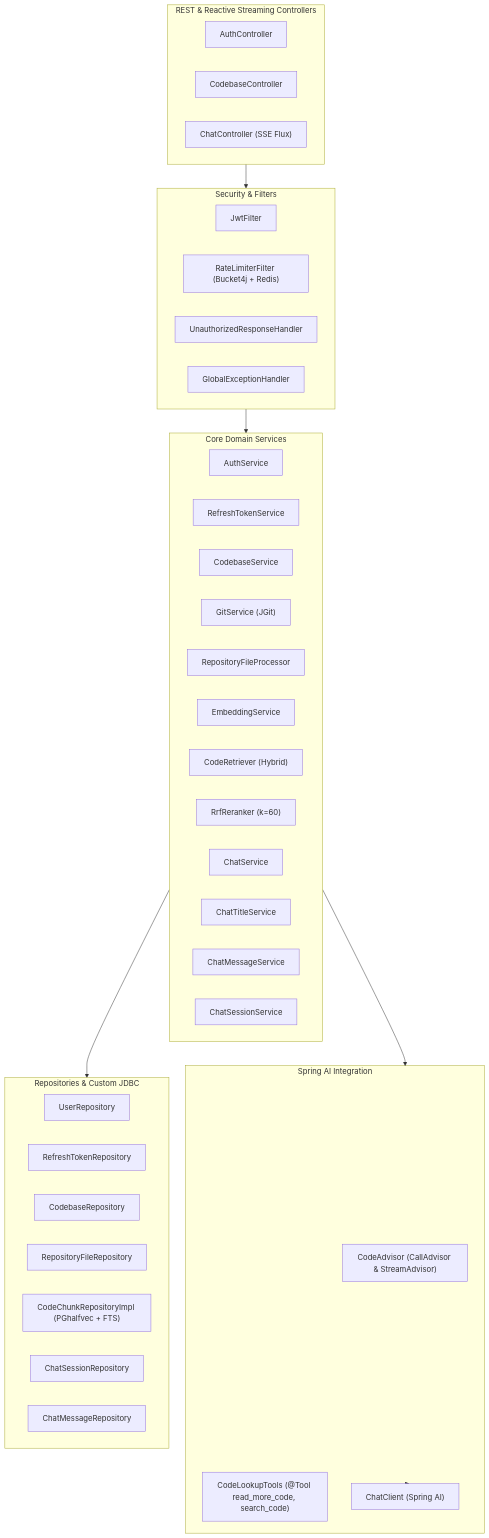
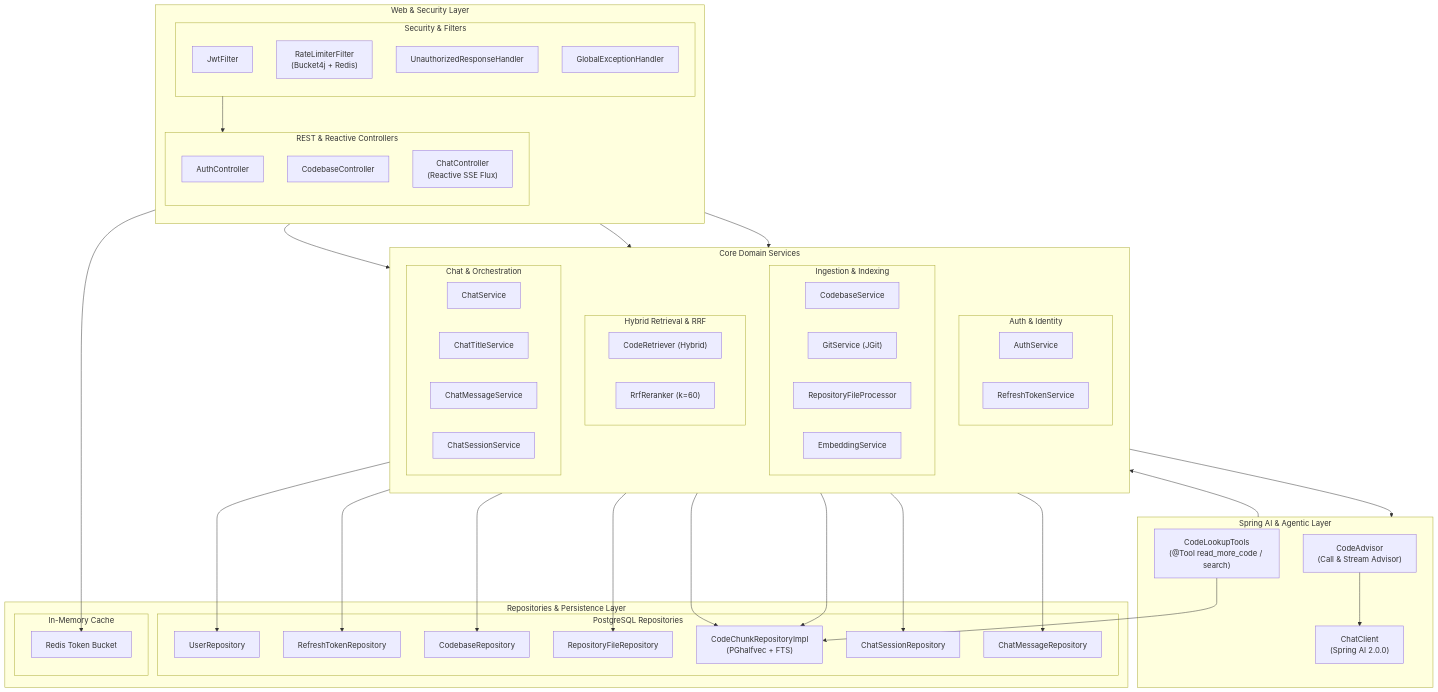
The first of 2 diagrams in server/README.md (Meet-08/CodeCompass), drawn with Mermaid before and after one commit. The commit also changed 2 other files, not shown here.

Commit message:
docs: add project and module documentation and refine Mermaid diagrams in README files

````diff
--- a/server/README.md
+++ b/server/README.md
@@ -57,52 +57,84 @@
 ```mermaid
-graph TD
-    subgraph WebLayer["REST & Reactive Streaming Controllers"]
-        AC["AuthController"]
-        CC["CodebaseController"]
-        ChatC["ChatController (SSE Flux)"]
-    end
-
-    subgraph SecurityLayer["Security & Filters"]
-        JF["JwtFilter"]
-        RF["RateLimiterFilter (Bucket4j + Redis)"]
-        UH["UnauthorizedResponseHandler"]
-        GEH["GlobalExceptionHandler"]
+flowchart TB
+    subgraph WebSecurityLayer["Web & Security Layer"]
+        direction TB
+        subgraph Security["Security & Filters"]
+            JF["JwtFilter"]
+            RF["RateLimiterFilter<br/>(Bucket4j + Redis)"]
+            UH["UnauthorizedResponseHandler"]
+            GEH["GlobalExceptionHandler"]
+        end
+        subgraph Controllers["REST & Reactive Controllers"]
+            AC["AuthController"]
+            CC["CodebaseController"]
+            ChatC["ChatController<br/>(Reactive SSE Flux)"]
+        end
     end
 
     subgraph BusinessLayer["Core Domain Services"]
-        AS["AuthService"]
-        RTS["RefreshTokenService"]
-        CBS["CodebaseService"]
-        GS["GitService (JGit)"]
-        RFP["RepositoryFileProcessor"]
-        ES["EmbeddingService"]
-        CR["CodeRetriever (Hybrid)"]
-        RRF["RrfReranker (k=60)"]
-        CS["ChatService"]
-        CTS["ChatTitleService"]
-        CMS["ChatMessageService"]
-        CSS["ChatSessionService"]
+        direction TB
+        subgraph AuthDomain["Auth & Identity"]
+            AS["AuthService"]
+            RTS["RefreshTokenService"]
+        end
+        subgraph CodebaseDomain["Ingestion & Indexing"]
+            CBS["CodebaseService"]
+            GS["GitService (JGit)"]
+            RFP["RepositoryFileProcessor"]
+            ES["EmbeddingService"]
+        end
+        subgraph RetrievalDomain["Hybrid Retrieval & RRF"]
+            CR["CodeRetriever (Hybrid)"]
+            RRF["RrfReranker (k=60)"]
+        end
+        subgraph ChatDomain["Chat & Orchestration"]
+            CS["ChatService"]
+            CTS["ChatTitleService"]
+            CMS["ChatMessageService"]
+            CSS["ChatSessionService"]
+        end
     end
 
-    subgraph AdvisorAndTools["Spring AI Integration"]
-        CA["CodeAdvisor (CallAdvisor & StreamAdvisor)"]
-        CLT["CodeLookupTools (@Tool read_more_code, search_code)"]
-        ChatClient["ChatClient (Spring AI)"]
+    subgraph SpringAILayer["Spring AI & Agentic Layer"]
+        CA["CodeAdvisor<br/>(Call & Stream Advisor)"]
+        CLT["CodeLookupTools<br/>(@Tool read_more_code / search)"]
+        ChatClient["ChatClient<br/>(Spring AI 2.0.0)"]
     end
 
-    subgraph DataAccessLayer["Repositories & Custom JDBC"]
-        UR["UserRepository"]
-        RTR["RefreshTokenRepository"]
-        CBR["CodebaseRepository"]
-        RFR["RepositoryFileRepository"]
-        CCR["CodeChunkRepositoryImpl (PGhalfvec + FTS)"]
-        CSR["ChatSessionRepository"]
-        CMR["ChatMessageRepository"]
+    subgraph DataAccessLayer["Repositories & Persistence Layer"]
+        subgraph Repositories["PostgreSQL Repositories"]
+            UR["UserRepository"]
+            RTR["RefreshTokenRepository"]
+            CBR["CodebaseRepository"]
+            RFR["RepositoryFileRepository"]
+            CCR["CodeChunkRepositoryImpl<br/>(PGhalfvec + FTS)"]
+            CSR["ChatSessionRepository"]
+            CMR["ChatMessageRepository"]
+        end
+        subgraph RedisStore["In-Memory Cache"]
+            Redis["Redis Token Bucket"]
+        end
     end
 
-    WebLayer --> SecurityLayer
-    SecurityLayer --> BusinessLayer
-    BusinessLayer --> AdvisorAndTools
-    AdvisorAndTools --> ChatClient
-    BusinessLayer --> DataAccessLayer
+    %% Flow connections
+    Security --> Controllers
+    AC --> AuthDomain
+    CC --> CodebaseDomain
+    ChatC --> ChatDomain
+
+    ChatDomain --> SpringAILayer
+    SpringAILayer --> RetrievalDomain
+    RetrievalDomain --> CCR
+
+    AuthDomain --> UR
+    AuthDomain --> RTR
+    CodebaseDomain --> CBR
+    CodebaseDomain --> RFR
+    CodebaseDomain --> CCR
+    ChatDomain --> CSR
+    ChatDomain --> CMR
+    RF --> Redis
+
+    CA --> ChatClient
+    CLT --> CCR
 ```
````
